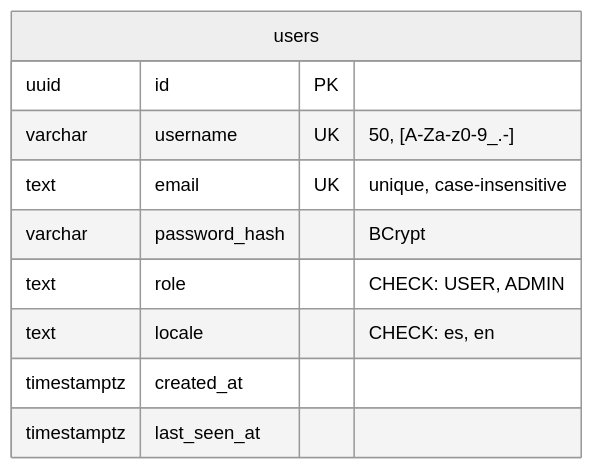
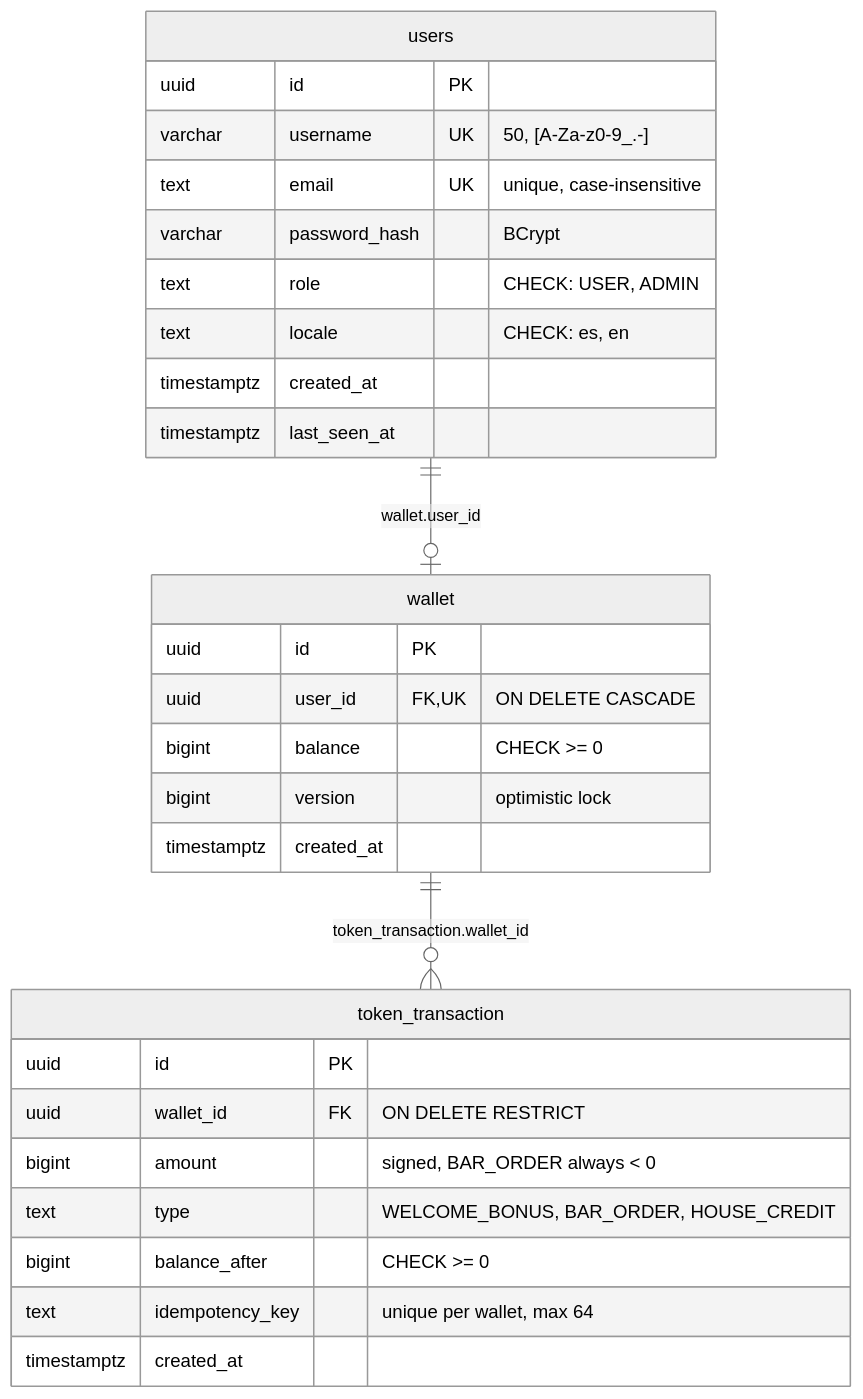
The third of 3 diagrams in README.md (iulian640/iulianlounge-backend), drawn with Mermaid (neutral theme) before and after one commit. The commit also changed other lines of this file and 3 other files, not shown here.

First line of the commit message:
docs: diagrams drawn from the code and migrations V1-V6 IUL-68

````diff
--- a/README.md
+++ b/README.md
@@ -123,13 +124,34 @@
 ```mermaid
 erDiagram
+    users ||--o| wallet : "wallet.user_id"
+    wallet ||--o{ token_transaction : "token_transaction.wallet_id"
+
     users {
         uuid id PK
         varchar username UK "50, [A-Za-z0-9_.-]"
         text email UK "unique, case-insensitive"
         varchar password_hash "BCrypt"
         text role "CHECK: USER, ADMIN"
         text locale "CHECK: es, en"
         timestamptz created_at
         timestamptz last_seen_at
     }
+
+    wallet {
+        uuid id PK
+        uuid user_id FK,UK "ON DELETE CASCADE"
+        bigint balance "CHECK >= 0"
+        bigint version "optimistic lock"
+        timestamptz created_at
+    }
+
+    token_transaction {
+        uuid id PK
+        uuid wallet_id FK "ON DELETE RESTRICT"
+        bigint amount "signed, BAR_ORDER always < 0"
+        text type "WELCOME_BONUS, BAR_ORDER, HOUSE_CREDIT"
+        bigint balance_after "CHECK >= 0"
+        text idempotency_key "unique per wallet, max 64"
+        timestamptz created_at
+    }
 ```
````
